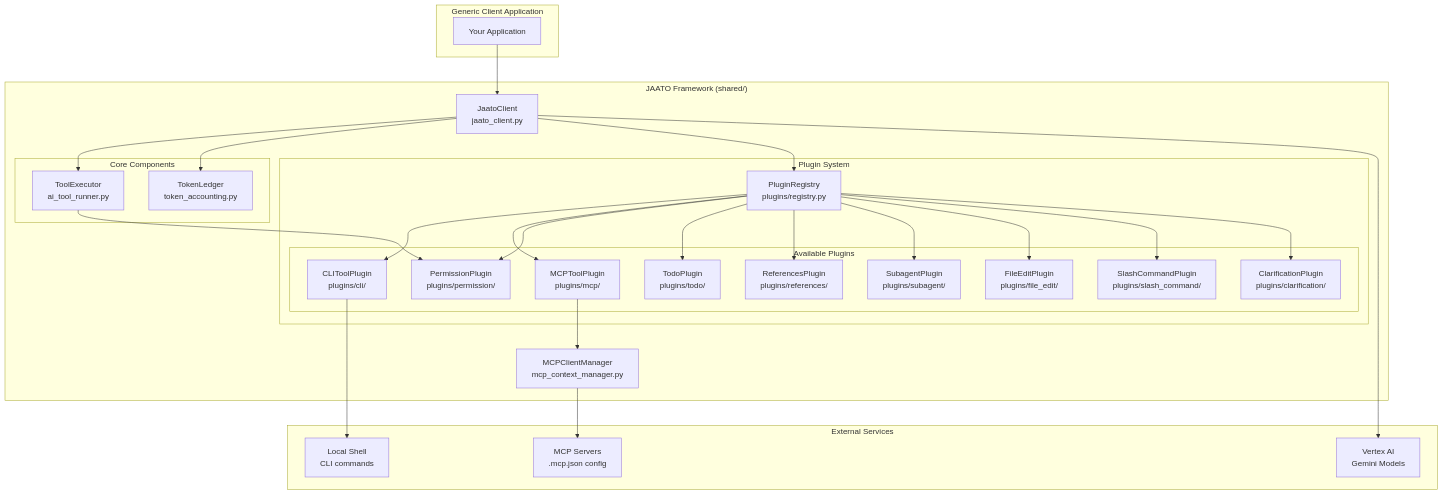
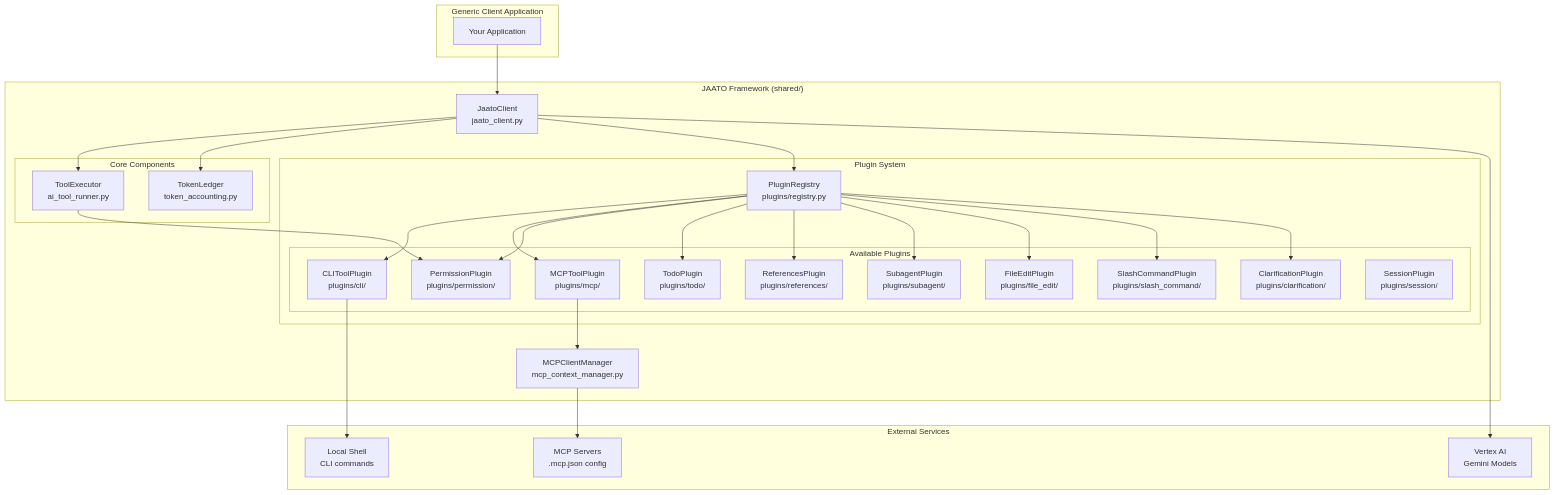
Before and after one commit to Jaato-framework-and-examples/jaato: the first of 4 diagrams in docs/architecture.md, drawn with Mermaid. The commit also changed other lines of this file and 3 other files, not shown here.

First line of the commit message:
docs(session): Add session plugin documentation and integrate into client

````diff
--- a/docs/architecture.md
+++ b/docs/architecture.md
@@ -54,58 +56,59 @@
 ```mermaid
 flowchart TB
     subgraph Client["Generic Client Application"]
         App[Your Application]
     end
 
     subgraph Framework["JAATO Framework (shared/)"]
         JC[JaatoClient<br/>jaato_client.py]
 
         subgraph Core["Core Components"]
             TE[ToolExecutor<br/>ai_tool_runner.py]
             TL[TokenLedger<br/>token_accounting.py]
         end
 
         subgraph Plugins["Plugin System"]
             PR[PluginRegistry<br/>plugins/registry.py]
 
             subgraph Available["Available Plugins"]
                 CLI[CLIToolPlugin<br/>plugins/cli/]
                 MCP[MCPToolPlugin<br/>plugins/mcp/]
                 PERM[PermissionPlugin<br/>plugins/permission/]
                 TODO[TodoPlugin<br/>plugins/todo/]
                 REFS[ReferencesPlugin<br/>plugins/references/]
                 SUB[SubagentPlugin<br/>plugins/subagent/]
                 FEDIT[FileEditPlugin<br/>plugins/file_edit/]
                 SLASH[SlashCommandPlugin<br/>plugins/slash_command/]
                 CLAR[ClarificationPlugin<br/>plugins/clarification/]
+                SESS[SessionPlugin<br/>plugins/session/]
             end
         end
 
         MCM[MCPClientManager<br/>mcp_context_manager.py]
     end
 
     subgraph External["External Services"]
         VAI[Vertex AI<br/>Gemini Models]
         MCPS[MCP Servers<br/>.mcp.json config]
         Shell[Local Shell<br/>CLI commands]
     end
 
     App --> JC
     JC --> TE
     JC --> TL
     JC --> PR
     PR --> CLI
     PR --> MCP
     PR --> PERM
     PR --> TODO
     PR --> REFS
     PR --> SUB
     PR --> FEDIT
     PR --> SLASH
     PR --> CLAR
     TE --> PERM
     MCP --> MCM
     MCM --> MCPS
     CLI --> Shell
     JC --> VAI
 ```
````
